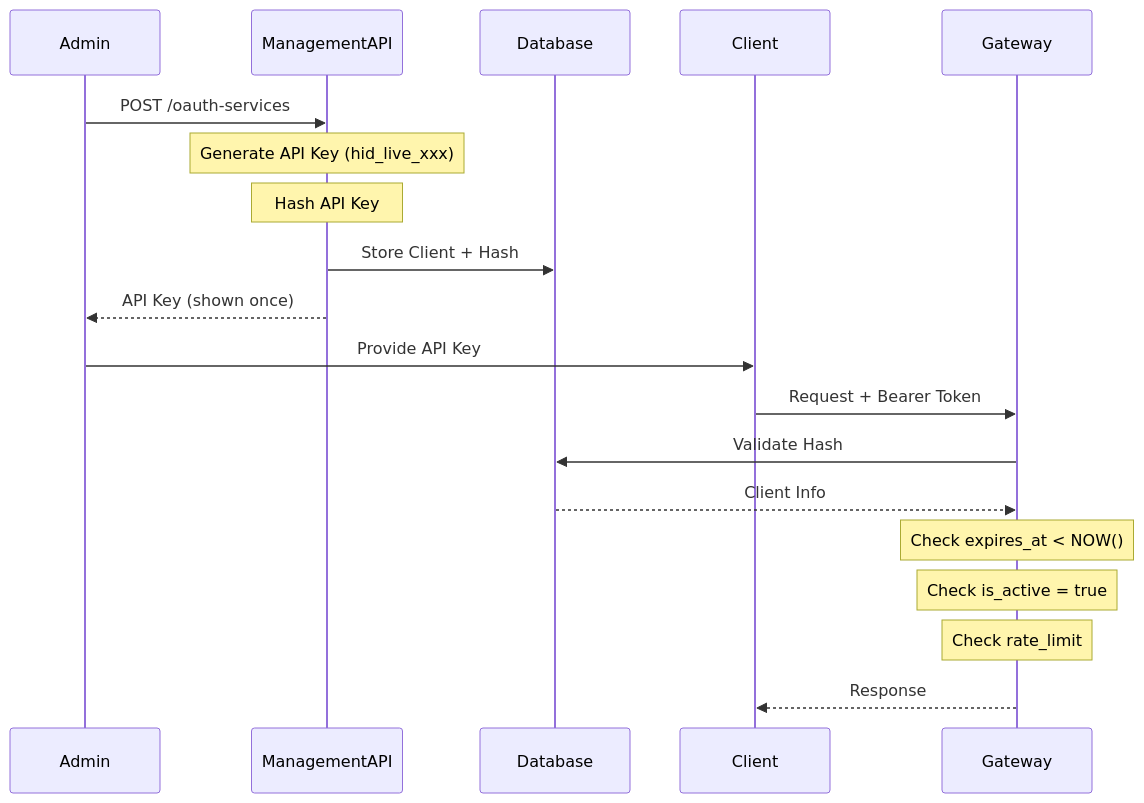
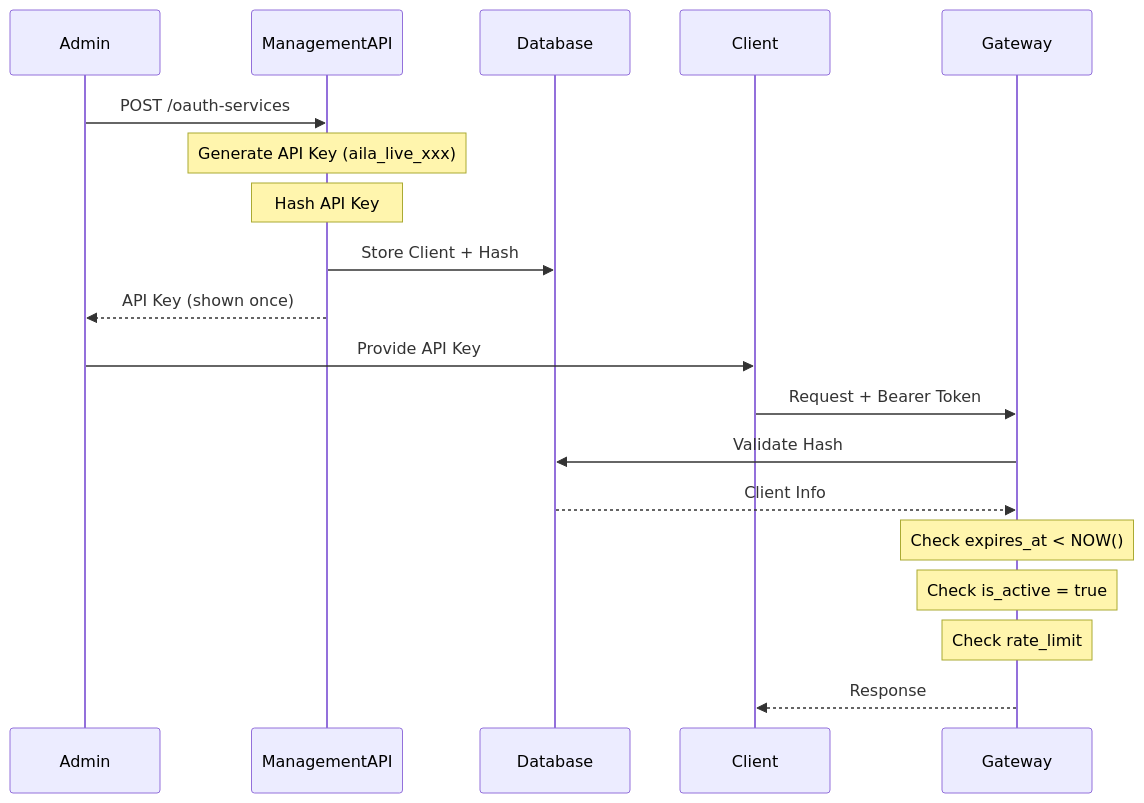
The third of 9 diagrams in docs/Architecture.md (Yoiness-Brag/aila-gatway-vllm), drawn with Mermaid before and after one commit. The commit also changed other lines of this file and 23 other files, not shown here.

First line of the commit message:
refactor: Rename all HID/hid references to AILA/aila across entire codebase

````diff
--- a/docs/Architecture.md
+++ b/docs/Architecture.md
@@ -258,24 +258,24 @@
 ```mermaid
 sequenceDiagram
     participant Admin
     participant ManagementAPI
     participant Database
     participant Client
     participant Gateway
 
     Admin->>ManagementAPI: POST /oauth-services
-    Note over ManagementAPI: Generate API Key (hid_live_xxx)
+    Note over ManagementAPI: Generate API Key (aila_live_xxx)
     Note over ManagementAPI: Hash API Key
     ManagementAPI->>Database: Store Client + Hash
     ManagementAPI-->>Admin: API Key (shown once)
 
     Admin->>Client: Provide API Key
 
     Client->>Gateway: Request + Bearer Token
     Gateway->>Database: Validate Hash
     Database-->>Gateway: Client Info
     Note over Gateway: Check expires_at < NOW()
     Note over Gateway: Check is_active = true
     Note over Gateway: Check rate_limit
     Gateway-->>Client: Response
 ```
````
